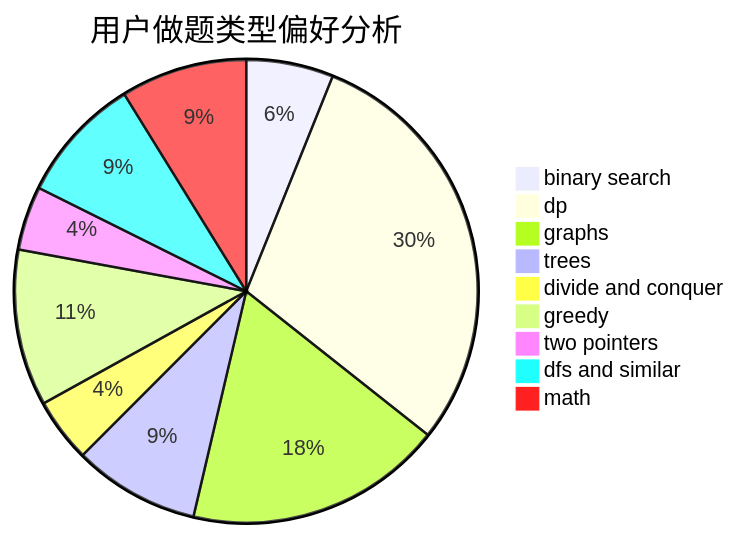
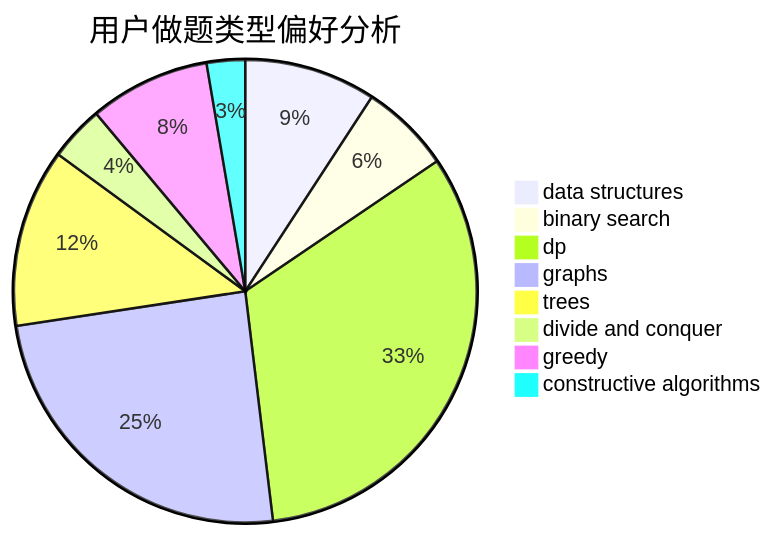
The second of 3 diagrams in docs/user/u1172.md (sherpahu/cfrs.github.io), drawn with Mermaid before and after one commit. The commit also changed other lines of this file and 2775 other files, not shown here.

````diff
--- a/docs/user/u1172.md
+++ b/docs/user/u1172.md
@@ -23,12 +23,11 @@
 ```mermaid
 pie title 用户做题类型偏好分析
-    "binary search" :  49
-    "dp" :  238
-    "graphs" :  145
-    "trees" :  71
-    "divide and conquer" :  36
-    "greedy" :  88
-    "two pointers" :  36
-    "dfs and similar" :  71
-    "math" :  71
+    "data structures" :  48
+    "binary search" :  33
+    "dp" :  170
+    "graphs" :  128
+    "trees" :  65
+    "divide and conquer" :  20
+    "greedy" :  44
+    "constructive algorithms" :  14
 ```
````
